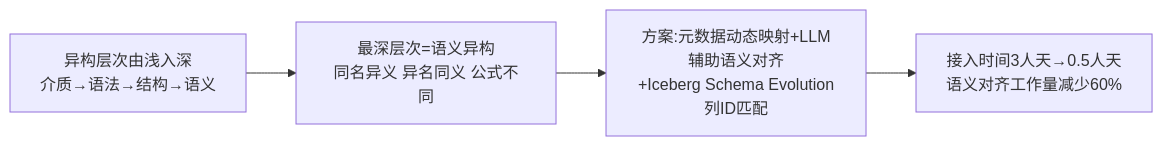
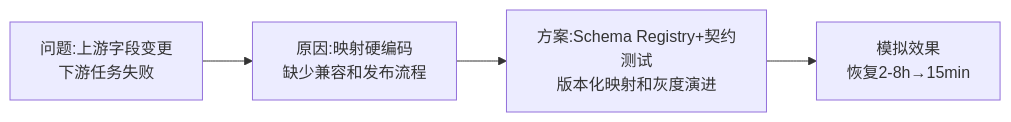
The second of 4 diagrams in 02-论文专题/0002-多元异构数据集成/00-大纲记忆卡.md (EdgarLQS/SoftwareArchitectureExamGuide), drawn with Mermaid before and after one commit. The commit also changed other lines of this file, not shown here.

````diff
--- a/02-论文专题/0002-多元异构数据集成/00-大纲记忆卡.md
+++ b/02-论文专题/0002-多元异构数据集成/00-大纲记忆卡.md
@@ -41,6 +95,6 @@
 ```mermaid
 flowchart LR
-    A["异构层次由浅入深<br/>介质→语法→结构→语义"] --> B["最深层次=语义异构<br/>同名异义 异名同义 公式不同"]
-    B --> C["方案:元数据动态映射+LLM辅助语义对齐<br/>+Iceberg Schema Evolution列ID匹配"]
-    C --> D["接入时间3人天→0.5人天<br/>语义对齐工作量减少60%"]
+    A["问题:上游字段变更<br/>下游任务失败"] --> B["原因:映射硬编码<br/>缺少兼容和发布流程"]
+    B --> C["方案:Schema Registry+契约测试<br/>版本化映射和灰度演进"]
+    C --> D["模拟效果<br/>恢复2-8h→15min"]
 ```
````
